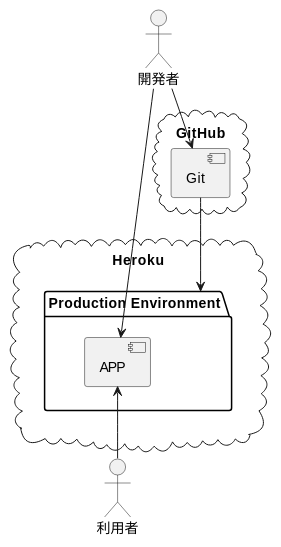
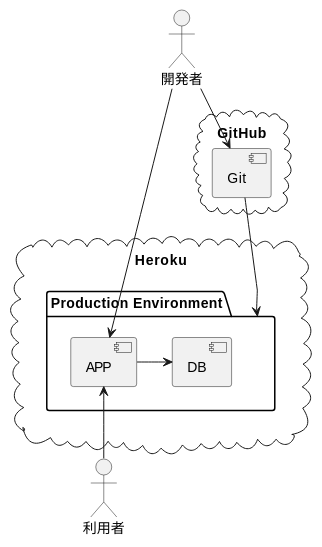
One commit to k2works/case-study-mrs changed diagram 16 of 17 in docs/index.adoc. Above: the diagram before and after it, drawn with PlantUML. The commit also changed other lines of this file and 10 other files, not shown here.

```diff
--- a/docs/index.adoc
+++ b/docs/index.adoc
@@ -520,21 +529,23 @@
 [plantuml]
 ----
 @startuml
 actor 開発者
 actor 利用者
 cloud "Heroku" as Heroku {
     package "Production Environment" as prd {
       [APP] as app_prd
+      [DB] as db_prd
     }
 }
 
 cloud "GitHub" as github {
   [Git] as repository
 }
 
 開発者 --> app_prd
 開発者 --> repository
 app_prd <-- 利用者
 repository --> prd
+app_prd -> db_prd
 @enduml
 ----
```
